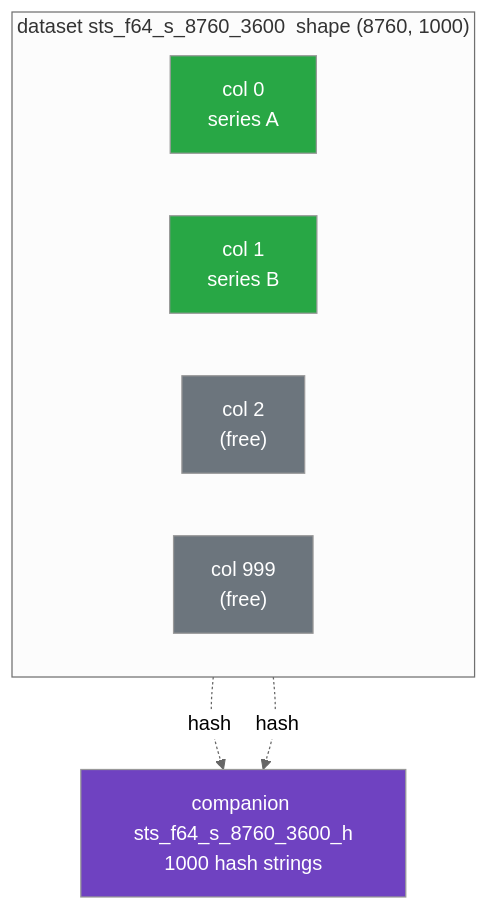
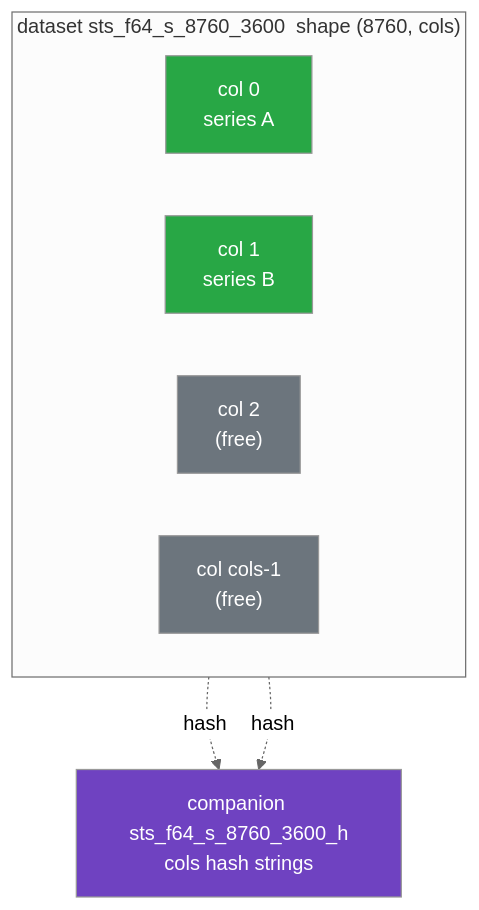
The first of 2 diagrams in docs/src/explanation/storage-model.md (NatLabRockies/infrastore), drawn with Mermaid (neutral theme) before and after one commit. The commit also changed other lines of this file and 22 other files, not shown here.

````diff
--- a/docs/src/explanation/storage-model.md
+++ b/docs/src/explanation/storage-model.md
@@ -42,19 +44,19 @@
 ```mermaid
 flowchart TB
-    subgraph ds["dataset&nbsp;sts_f64_s_8760_3600&nbsp;&nbsp;shape&nbsp;(8760,&nbsp;1000)"]
+    subgraph ds["dataset&nbsp;sts_f64_s_8760_3600&nbsp;&nbsp;shape&nbsp;(8760,&nbsp;cols)"]
         direction LR
         C0["col 0<br/>series A"]
         C1["col 1<br/>series B"]
         C2["col 2<br/>(free)"]
-        CN["col 999<br/>(free)"]
+        CN["col cols-1<br/>(free)"]
     end
-    H["companion sts_f64_s_8760_3600_h<br/>1000 hash strings"]
+    H["companion sts_f64_s_8760_3600_h<br/>cols hash strings"]
     C0 -.hash.-> H
     C1 -.hash.-> H
 
     style C0 fill:#28a745,color:#fff
     style C1 fill:#28a745,color:#fff
     style C2 fill:#6c757d,color:#fff
     style CN fill:#6c757d,color:#fff
     style H fill:#6f42c1,color:#fff
 ```
````
